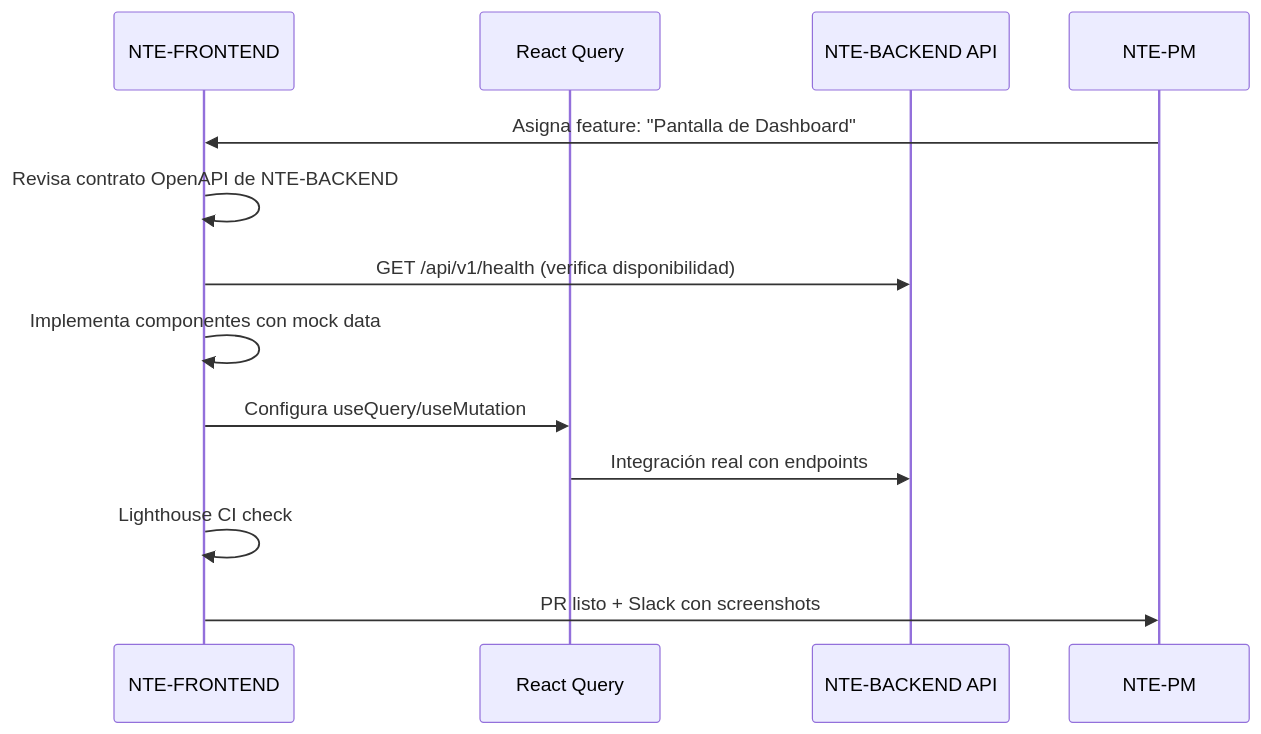
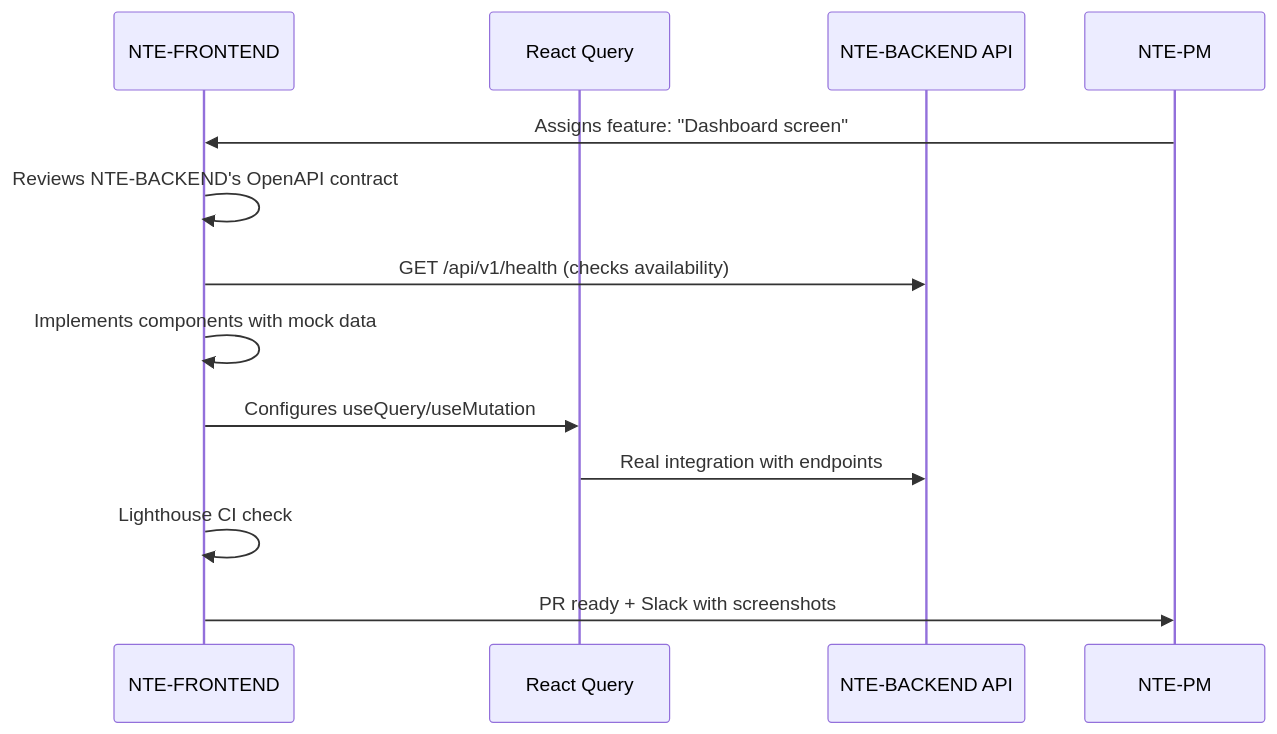
The third of 3 diagrams in documentation/03-agents/software-wing/nte-frontend.md (nissienterprise/nissi-openclaw-vps), drawn with Mermaid before and after one commit. The commit also changed other lines of this file and 46 other files, not shown here.

````diff
--- a/documentation/03-agents/software-wing/nte-frontend.md
+++ b/documentation/03-agents/software-wing/nte-frontend.md
@@ -144,16 +144,16 @@
 ```mermaid
 sequenceDiagram
     participant FE as NTE-FRONTEND
     participant RQ as React Query
     participant API as NTE-BACKEND API
     participant PM as NTE-PM
 
-    PM->>FE: Asigna feature: "Pantalla de Dashboard"
-    FE->>FE: Revisa contrato OpenAPI de NTE-BACKEND
-    FE->>API: GET /api/v1/health (verifica disponibilidad)
-    FE->>FE: Implementa componentes con mock data
-    FE->>RQ: Configura useQuery/useMutation
-    RQ->>API: Integración real con endpoints
+    PM->>FE: Assigns feature: "Dashboard screen"
+    FE->>FE: Reviews NTE-BACKEND's OpenAPI contract
+    FE->>API: GET /api/v1/health (checks availability)
+    FE->>FE: Implements components with mock data
+    FE->>RQ: Configures useQuery/useMutation
+    RQ->>API: Real integration with endpoints
     FE->>FE: Lighthouse CI check
-    FE->>PM: PR listo + Slack con screenshots
+    FE->>PM: PR ready + Slack with screenshots
 ```
````
